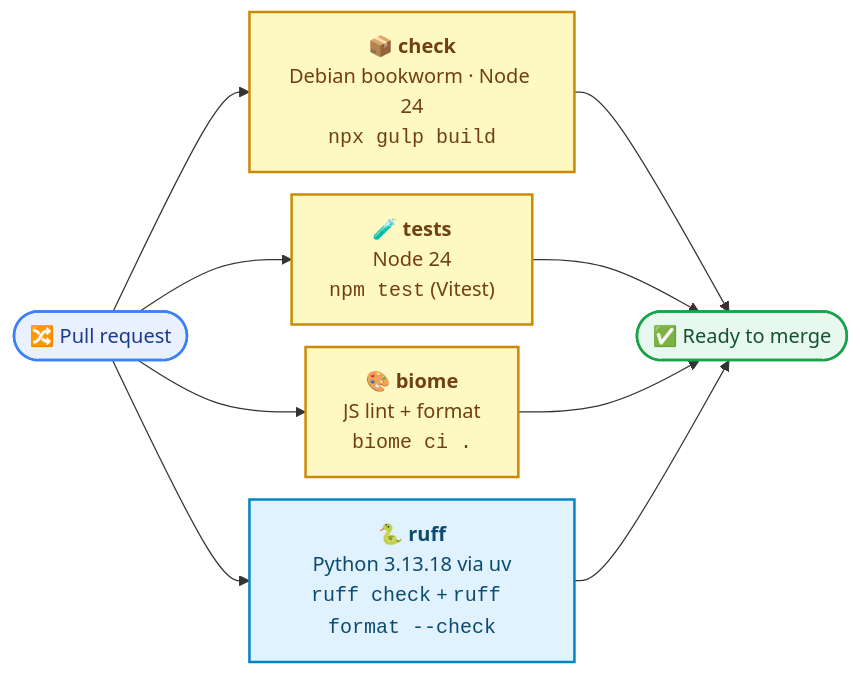
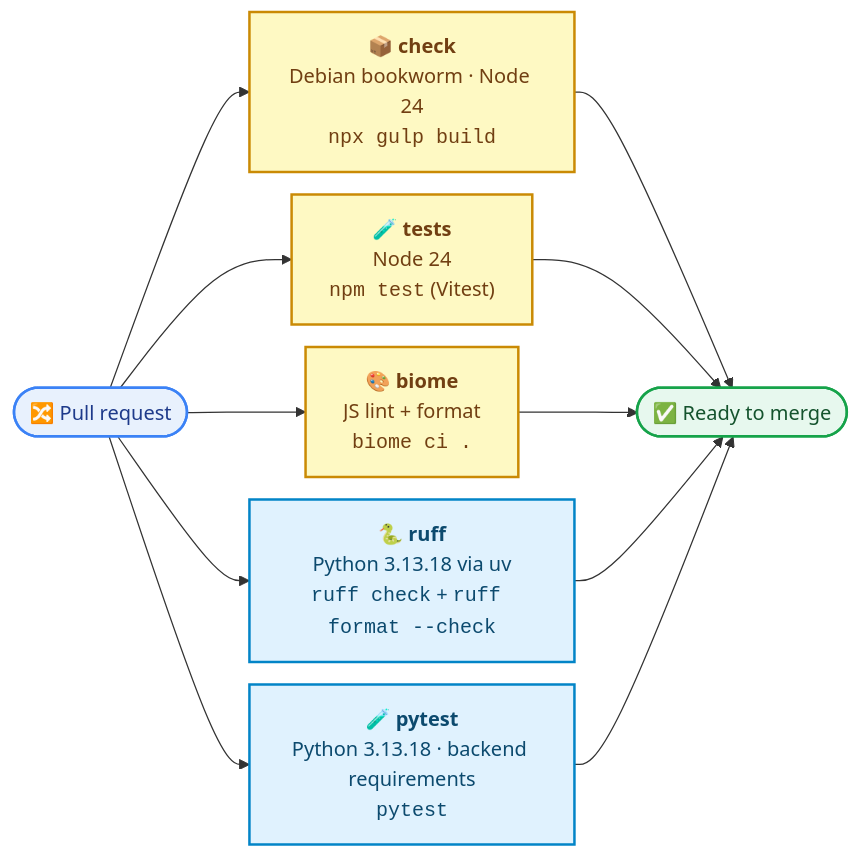
Before and after one commit to toolforge/video2commons: the second of 7 diagrams in docs/ci-cd.md, drawn with Mermaid. The commit also changed other lines of this file and 8 other files, not shown here.

````diff
--- a/docs/ci-cd.md
+++ b/docs/ci-cd.md
@@ -60,21 +60,22 @@
 ```mermaid
 %%{init: {"flowchart": {"curve": "basis", "nodeSpacing": 18}}}%%
 flowchart LR
-    pr(["🔀 Pull request"]) --> check & tests & biome & ruff
+    pr(["🔀 Pull request"]) --> check & tests & biome & ruff & pytest
 
     check["📦 <b>check</b><br/>Debian bookworm · Node 24<br/><code>npx gulp build</code>"]
     tests["🧪 <b>tests</b><br/>Node 24<br/><code>npm test</code> (Vitest)"]
     biome["🎨 <b>biome</b><br/>JS lint + format<br/><code>biome ci .</code>"]
     ruff["🐍 <b>ruff</b><br/>Python 3.13.18 via uv<br/><code>ruff check</code> + <code>ruff format --check</code>"]
+    pytest["🧪 <b>pytest</b><br/>Python 3.13.18 · backend requirements<br/><code>pytest</code>"]
 
-    check & tests & biome & ruff --> ok(["✅ Ready to merge"])
+    check & tests & biome & ruff & pytest --> ok(["✅ Ready to merge"])
 
     classDef start fill:#e8f1fd,stroke:#3b82f6,stroke-width:2px,color:#1e3a8a
     classDef js fill:#fef9c3,stroke:#ca8a04,stroke-width:2px,color:#713f12
     classDef py fill:#e0f2fe,stroke:#0284c7,stroke-width:2px,color:#0c4a6e
     classDef ok fill:#e7f8ee,stroke:#16a34a,stroke-width:2px,color:#14532d
     class pr start
     class check,tests,biome js
-    class ruff py
+    class ruff,pytest py
     class ok ok
 ```
````
